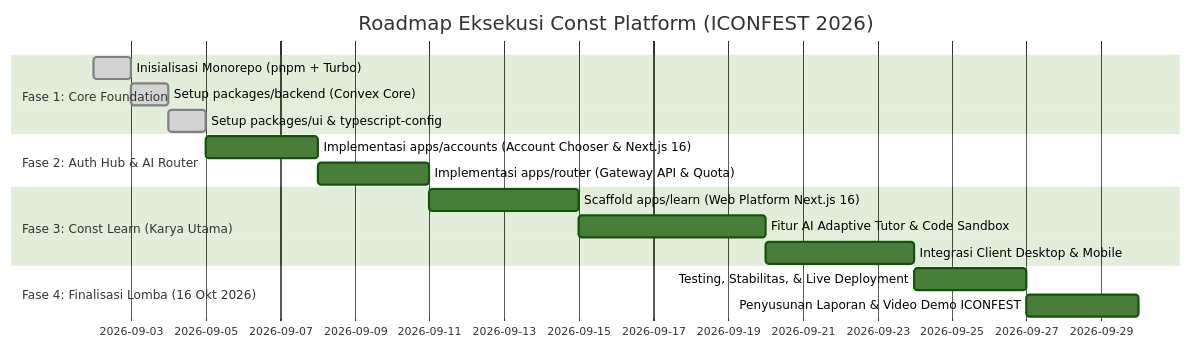
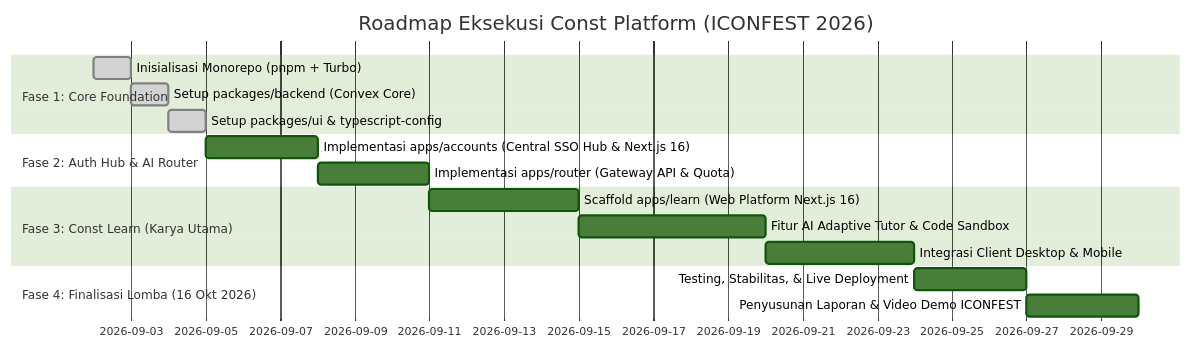
Before and after one commit to alifconstantine/const: the fourth of 4 diagrams in arsitektur.md, drawn with Mermaid (forest theme). The commit also changed other lines of this file and 104 other files, not shown here.

Commit message:
feat(accounts, backend): complete accounts auth hub, domain-driven modularization, and security hardening

````diff
--- a/arsitektur.md
+++ b/arsitektur.md
@@ -452,19 +456,19 @@
 ```mermaid
 gantt
     title Roadmap Eksekusi Const Platform (ICONFEST 2026)
     dateFormat  YYYY-MM-DD
     section Fase 1: Core Foundation
     Inisialisasi Monorepo (pnpm + Turbo) :done, f1_1, 2026-09-02, 1d
     Setup packages/backend (Convex Core) :done, f1_2, after f1_1, 1d
     Setup packages/ui & typescript-config :done, f1_3, after f1_2, 1d
     section Fase 2: Auth Hub & AI Router
-    Implementasi apps/accounts (Account Chooser & Next.js 16) :f2_1, after f1_3, 3d
+    Implementasi apps/accounts (Central SSO Hub & Next.js 16) :f2_1, after f1_3, 3d
     Implementasi apps/router (Gateway API & Quota) :f2_2, after f2_1, 3d
     section Fase 3: Const Learn (Karya Utama)
     Scaffold apps/learn (Web Platform Next.js 16) :f3_1, after f2_2, 4d
     Fitur AI Adaptive Tutor & Code Sandbox :f3_2, after f3_1, 5d
     Integrasi Client Desktop & Mobile :f3_3, after f3_2, 4d
     section Fase 4: Finalisasi Lomba (16 Okt 2026)
     Testing, Stabilitas, & Live Deployment :f4_1, after f3_3, 3d
     Penyusunan Laporan & Video Demo ICONFEST :f4_2, after f4_1, 3d
 ```
````
